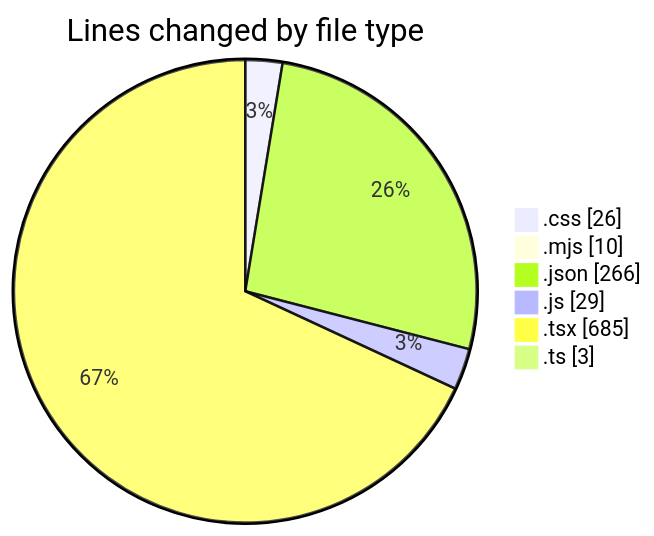
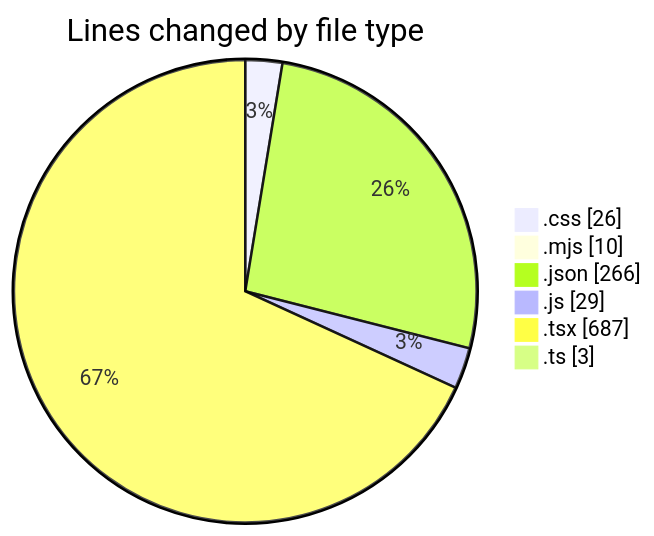
Before and after one commit to Ritupan-Deka/code-tracking: the first of 2 diagrams in 2025-06-23/scopecraft/README.md, drawn with Mermaid. The commit also changed other lines of this file and 1 other file, not shown here.

````diff
--- a/2025-06-23/scopecraft/README.md
+++ b/2025-06-23/scopecraft/README.md
@@ -36,10 +36,10 @@
 ```mermaid
 pie showData
 title Lines changed by file type
 ".css" : 26
 ".mjs" : 10
 ".json" : 266
 ".js" : 29
-".tsx" : 685
+".tsx" : 687
 ".ts" : 3
 ```
````
